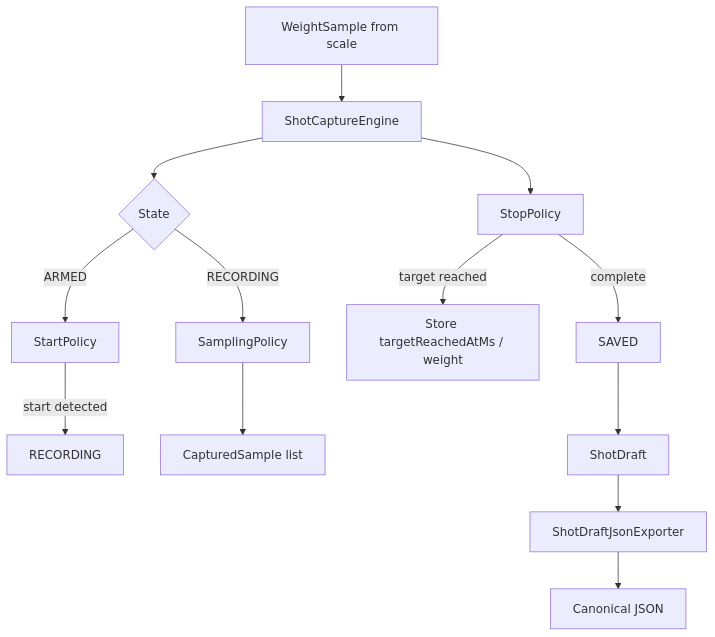
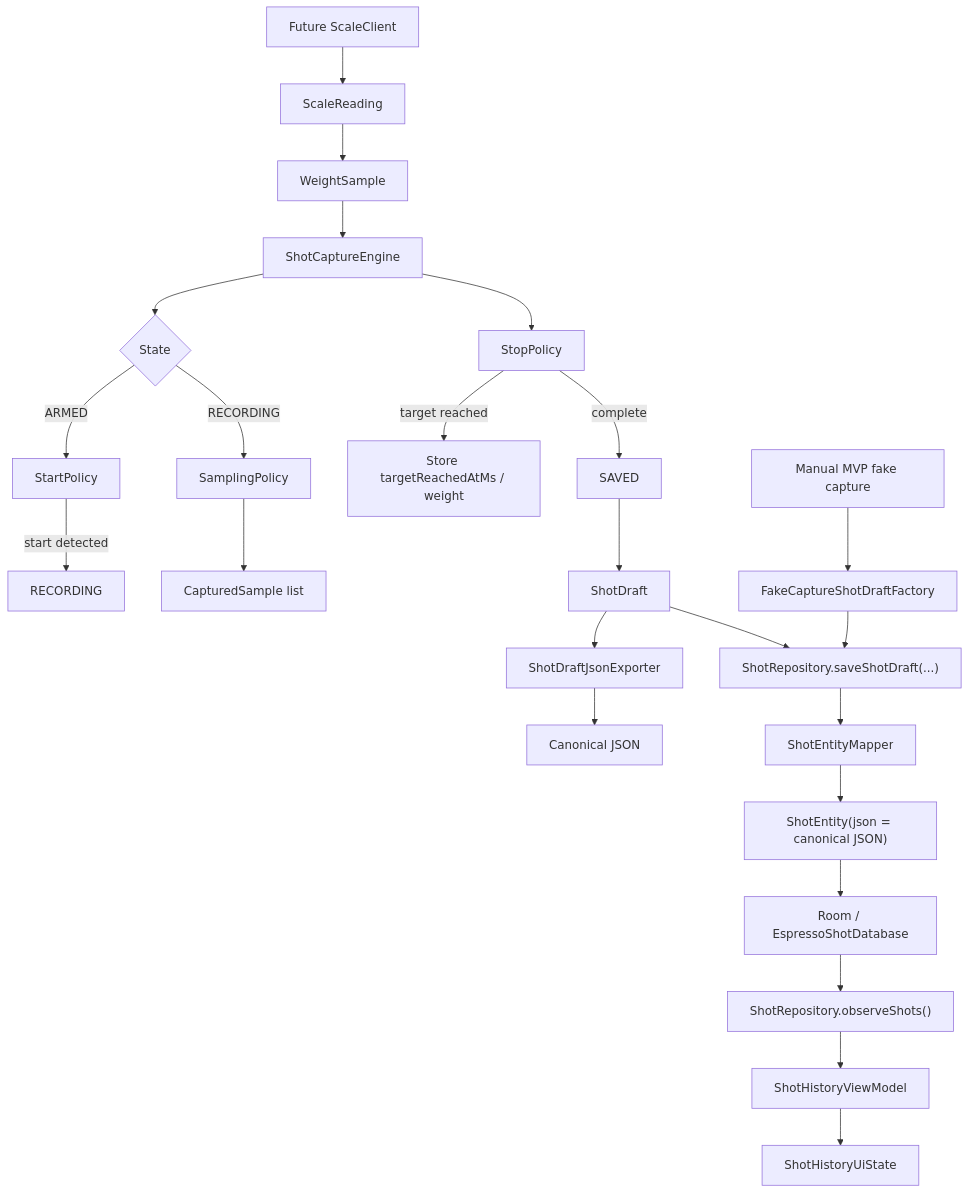
One commit to notanITler/espresso-shot-capture changed the diagram in docs/ARCHITECTURE.md. Above: the diagram before and after it, drawn with Mermaid. The commit also changed other lines of this file and 3 other files, not shown here.

````diff
--- a/docs/ARCHITECTURE.md
+++ b/docs/ARCHITECTURE.md
@@ -59,15 +96,27 @@
 ```mermaid
 flowchart TD
-    A["WeightSample from scale"] --> B["ShotCaptureEngine"]
-    B --> C{"State"}
-    C -->|"ARMED"| D["StartPolicy"]
-    D -->|"start detected"| E["RECORDING"]
-    C -->|"RECORDING"| F["SamplingPolicy"]
-    F --> G["CapturedSample list"]
-    B --> H["StopPolicy"]
-    H -->|"target reached"| I["Store targetReachedAtMs / weight"]
-    H -->|"complete"| J["SAVED"]
-    J --> K["ShotDraft"]
-    K --> L["ShotDraftJsonExporter"]
-    L --> M["Canonical JSON"]
+    Z["Future ScaleClient"] --> A["ScaleReading"]
+    A --> B["WeightSample"]
+    B --> C["ShotCaptureEngine"]
+    C --> D{"State"}
+    D -->|"ARMED"| E["StartPolicy"]
+    E -->|"start detected"| F["RECORDING"]
+    D -->|"RECORDING"| G["SamplingPolicy"]
+    G --> H["CapturedSample list"]
+    C --> I["StopPolicy"]
+    I -->|"target reached"| J["Store targetReachedAtMs / weight"]
+    I -->|"complete"| K["SAVED"]
+    K --> L["ShotDraft"]
+    L --> M["ShotDraftJsonExporter"]
+    M --> N["Canonical JSON"]
+    L --> O["ShotRepository.saveShotDraft(...)"]
+    O --> P["ShotEntityMapper"]
+    P --> Q["ShotEntity(json = canonical JSON)"]
+    Q --> R["Room / EspressoShotDatabase"]
+    R --> S["ShotRepository.observeShots()"]
+    S --> T["ShotHistoryViewModel"]
+    T --> U["ShotHistoryUiState"]
+
+    V["Manual MVP fake capture"] --> W["FakeCaptureShotDraftFactory"]
+    W --> O
 ```
````
